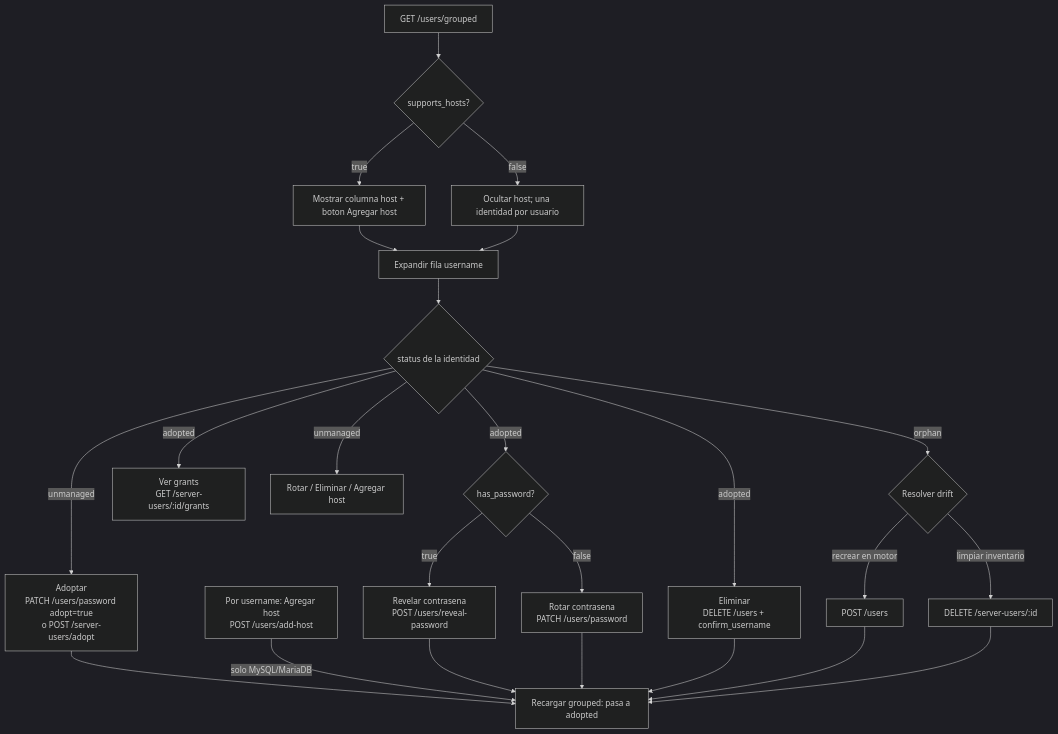
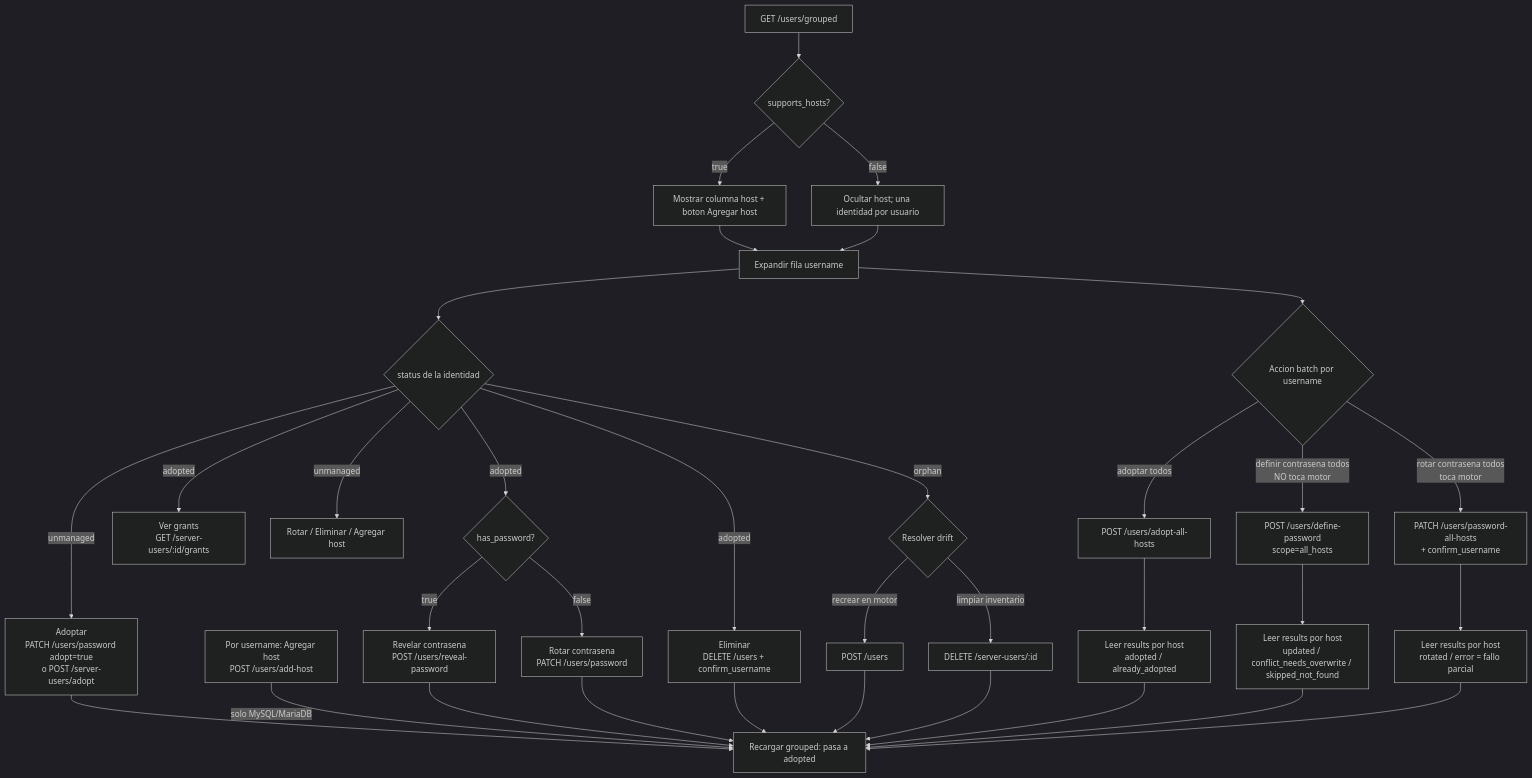
Before and after one commit to OJoshuaCG/database-api-gateway: the diagram in docs/features/usuarios-motor-frontend-api.md, drawn with Mermaid (dark theme). The commit also changed other lines of this file, not shown here.

First line of the commit message:
docs(server-users): extender referencia de API frontend con endpoints masivos

````diff
--- a/docs/features/usuarios-motor-frontend-api.md
+++ b/docs/features/usuarios-motor-frontend-api.md
@@ -444,32 +754,44 @@
 ```mermaid
 flowchart TD
     A[GET /users/grouped] --> B{supports_hosts?}
     B -- true --> C[Mostrar columna host + boton Agregar host]
     B -- false --> D[Ocultar host; una identidad por usuario]
     C --> E[Expandir fila username]
     D --> E
 
     E --> F{status de la identidad}
 
     F -- adopted --> G{has_password?}
     G -- true --> H[Revelar contrasena<br/>POST /users/reveal-password]
     G -- false --> I[Rotar contrasena<br/>PATCH /users/password]
     F -- adopted --> J[Ver grants<br/>GET /server-users/:id/grants]
     F -- adopted --> K[Eliminar<br/>DELETE /users + confirm_username]
 
     F -- unmanaged --> L[Adoptar<br/>PATCH /users/password adopt=true<br/>o POST /server-users/adopt]
     F -- unmanaged --> M[Rotar / Eliminar / Agregar host]
     L --> N[Recargar grouped: pasa a adopted]
 
     F -- orphan --> O{Resolver drift}
     O -- recrear en motor --> P[POST /users]
     O -- limpiar inventario --> Q[DELETE /server-users/:id]
 
     R[Por username: Agregar host<br/>POST /users/add-host] -->|solo MySQL/MariaDB| N
 
+    E --> S{Accion batch por username}
+    S -- adoptar todos --> T[POST /users/adopt-all-hosts]
+    S -- definir contrasena todos<br/>NO toca motor --> U[POST /users/define-password<br/>scope=all_hosts]
+    S -- rotar contrasena todos<br/>toca motor --> V[PATCH /users/password-all-hosts<br/>+ confirm_username]
+
+    T --> W[Leer results por host<br/>adopted / already_adopted]
+    U --> X[Leer results por host<br/>updated / conflict_needs_overwrite / skipped_not_found]
+    V --> Y[Leer results por host<br/>rotated / error = fallo parcial]
+
     H --> N
     I --> N
     K --> N
     P --> N
     Q --> N
+    W --> N
+    X --> N
+    Y --> N
 ```
````
